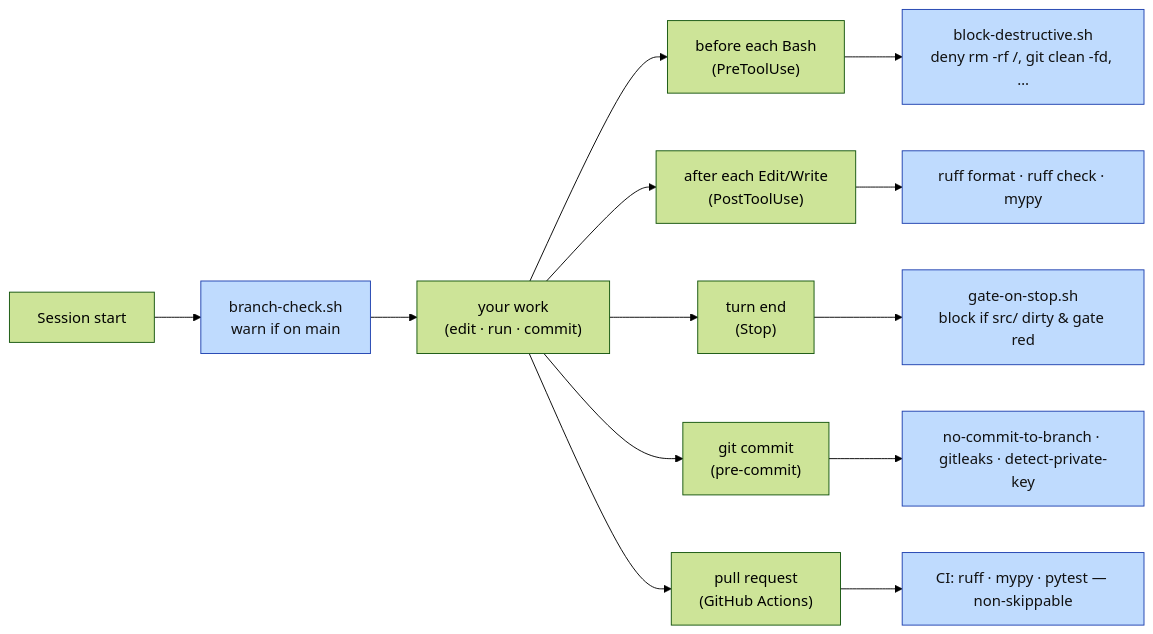
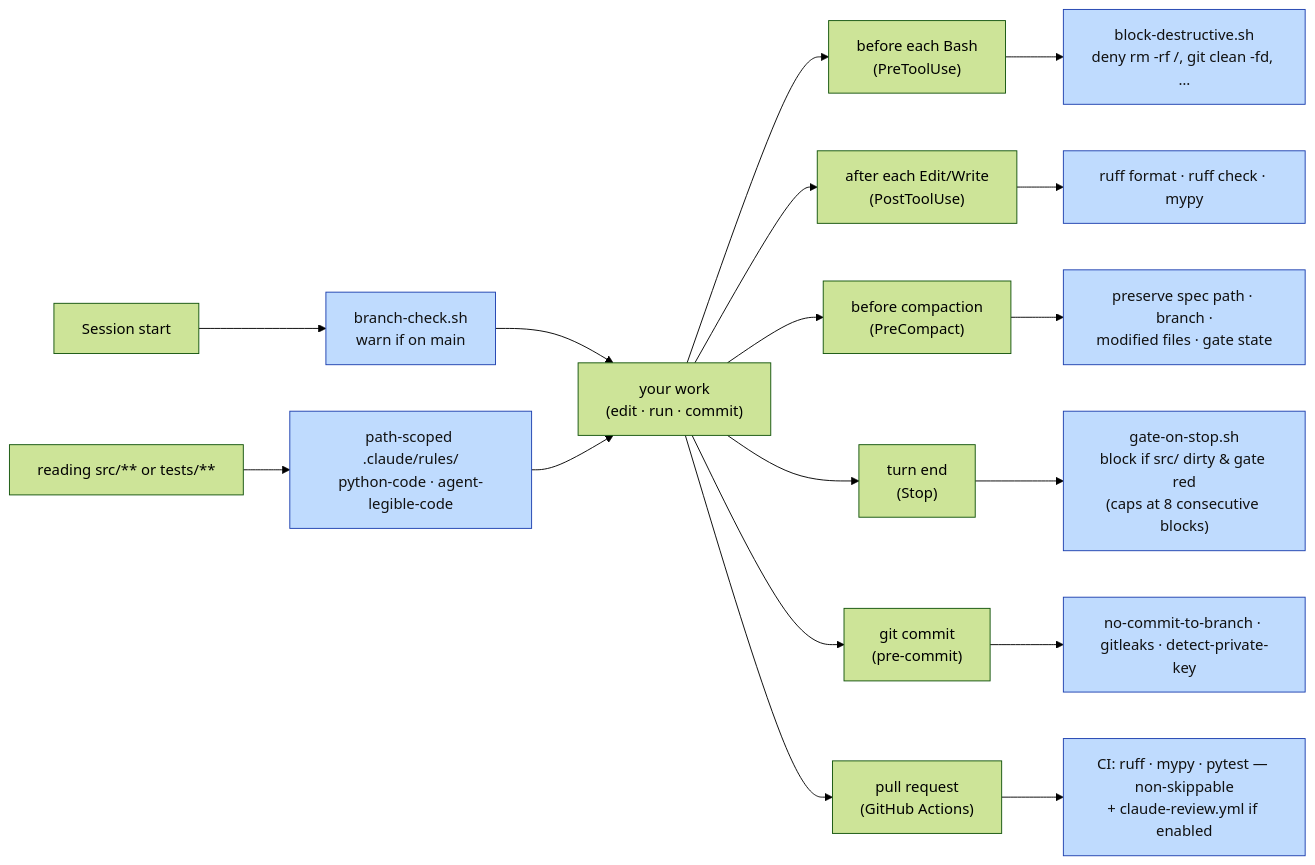
The third of 8 diagrams in python/docs/workflow-diagram.md (bbirkinbine/agentic-scaffold), drawn with Mermaid (forest theme) before and after one commit. The commit also changed other lines of this file and 25 other files, not shown here.

First line of the commit message:
refresh python scaffolding for current Claude Code feature set

````diff
--- a/python/docs/workflow-diagram.md
+++ b/python/docs/workflow-diagram.md
@@ -119,13 +130,15 @@
 ```mermaid
 flowchart LR
     W["your work<br/>(edit · run · commit)"]
     SS["Session start"] --> SSb["branch-check.sh<br/>warn if on main"] --> W
+    RL["reading src/** or tests/**"] --> RLb["path-scoped .claude/rules/<br/>python-code · agent-legible-code"] --> W
     W --> PRE["before each Bash<br/>(PreToolUse)"] --> PREb["block-destructive.sh<br/>deny rm -rf /, git clean -fd, …"]
     W --> POST["after each Edit/Write<br/>(PostToolUse)"] --> POSTb["ruff format · ruff check · mypy"]
-    W --> STOP["turn end<br/>(Stop)"] --> STOPb["gate-on-stop.sh<br/>block if src/ dirty & gate red"]
+    W --> CMP["before compaction<br/>(PreCompact)"] --> CMPb["preserve spec path · branch ·<br/>modified files · gate state"]
+    W --> STOP["turn end<br/>(Stop)"] --> STOPb["gate-on-stop.sh<br/>block if src/ dirty & gate red<br/>(caps at 8 consecutive blocks)"]
     W --> PC["git commit<br/>(pre-commit)"] --> PCb["no-commit-to-branch · gitleaks · detect-private-key"]
-    W --> CIp["pull request<br/>(GitHub Actions)"] --> CIb["CI: ruff · mypy · pytest — non-skippable"]
+    W --> CIp["pull request<br/>(GitHub Actions)"] --> CIb["CI: ruff · mypy · pytest — non-skippable<br/>+ claude-review.yml if enabled"]
 
     classDef auto fill:#bfdbfe,stroke:#1e40af,color:#111;
-    class SSb,PREb,POSTb,STOPb,PCb,CIb auto;
+    class SSb,RLb,PREb,POSTb,CMPb,STOPb,PCb,CIb auto;
 ```
````
